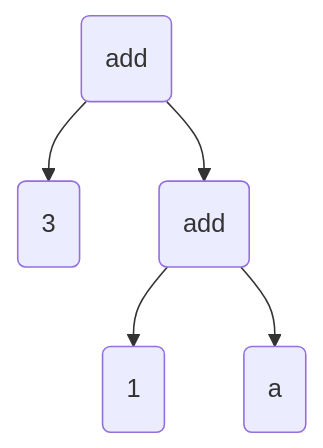
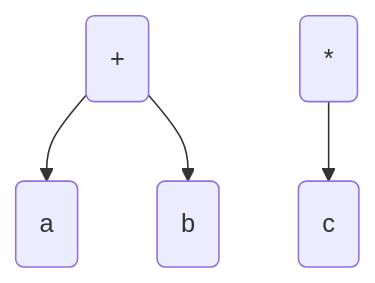
Before and after one commit to pengvyn/kavpix-code: diagram 14 of 49 in src/essays/number-tree/essay.md, drawn with Mermaid. The commit also changed other lines of this file and 1 other file, not shown here.

````diff
--- a/src/essays/number-tree/essay.md
+++ b/src/essays/number-tree/essay.md
@@ -103,7 +266,6 @@
 ```mermaid
     graph TD;
-        add(add) --> 3(3);
-        add --> add2(add);
-        add2 --> 1(1);
-        add2 --> a(a);     
+        add(+) --> a(a);
+        add --> b(b);
+        mul(*) --> c(c);
 ```
````
